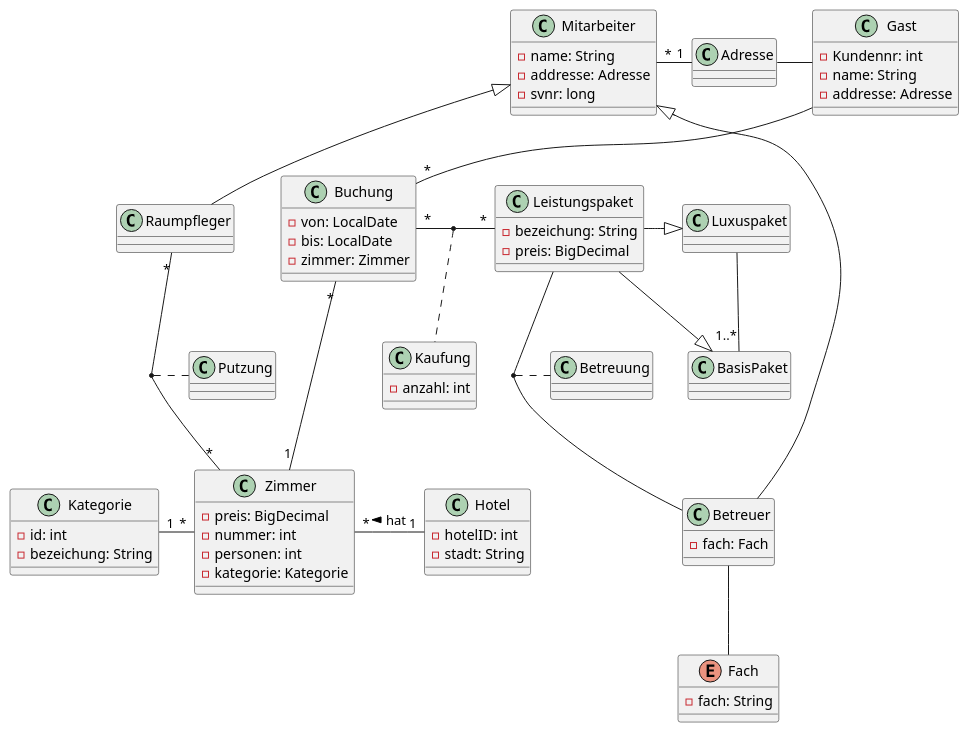
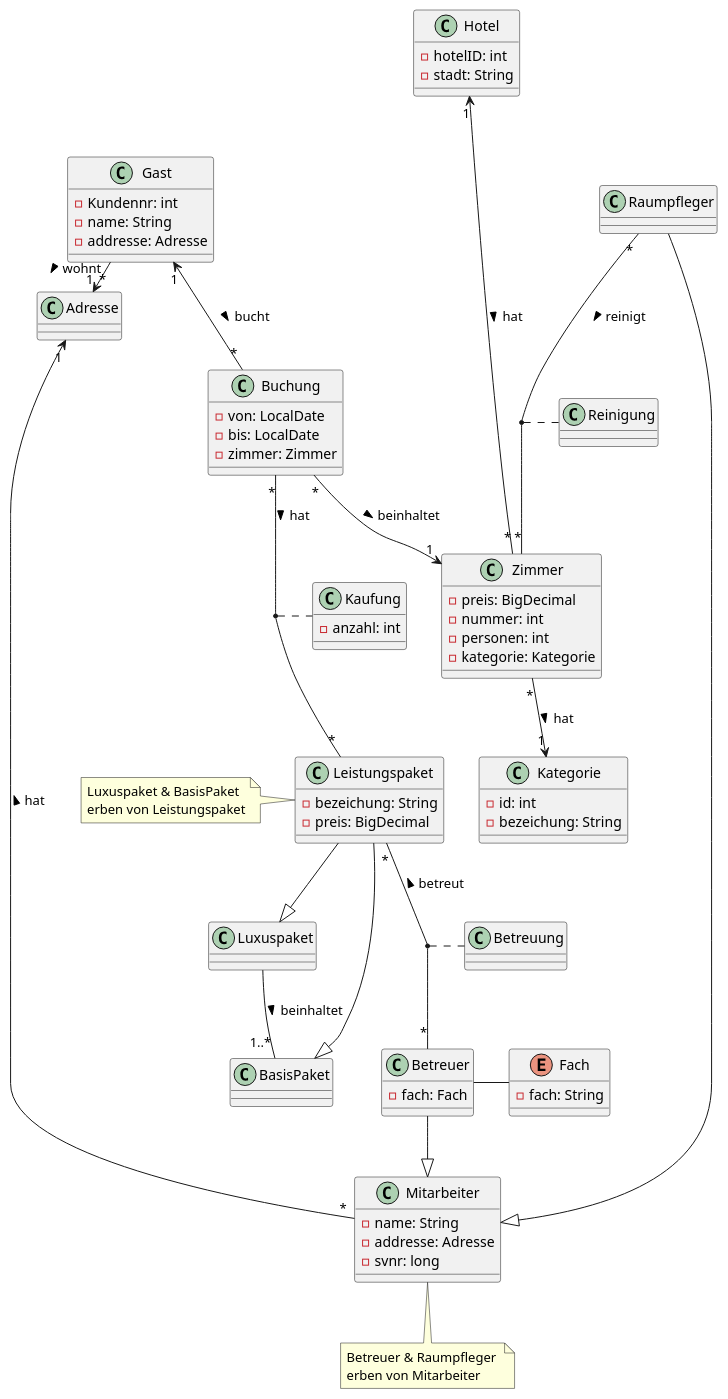
The diagram in asciidocs/plantuml/Hotel.puml (2122-4ahif-syp/01-cld-hotel-NiklasNeudorfer), drawn with PlantUML before and after one commit. The commit also changed 3 other files, not shown here.

```diff
--- a/asciidocs/plantuml/Hotel.puml
+++ b/asciidocs/plantuml/Hotel.puml
@@ -1,91 +1,99 @@
 @startuml
 class Hotel{
     - hotelID: int
     - stadt: String
 }
 
 class Zimmer{
   - preis: BigDecimal
   - nummer: int
   - personen: int
   - kategorie: Kategorie
 }
 
 class Kategorie{
   - id: int
   - bezeichung: String
 }
 
 class Mitarbeiter{
   - name: String
   - addresse: Adresse
   - svnr: long
 }
 
 class Adresse{
 
 }
 
 class Betreuer{
   - fach: Fach
 }
 
 enum Fach{
  - fach: String
 }
 
 class Raumpfleger{
 
 }
-
-class Putzung{
-}
-
 class Gast{
   - Kundennr: int
   - name: String
   - addresse: Adresse
 }
 
 class Buchung{
   - von: LocalDate
   - bis: LocalDate
   - zimmer: Zimmer
 }
 
 class Leistungspaket{
   - bezeichung: String
   - preis: BigDecimal
 }
 
 class BasisPaket{
 
 }
 
 class Luxuspaket{
 
 }
 
 class Kaufung{
   - anzahl: int
 }
 
-Hotel "1"---left---"*" Zimmer : hat >
-Adresse "1"-l-"*" Mitarbeiter
-Betreuer -u-|> Mitarbeiter
-Raumpfleger -u-|> Mitarbeiter
-Raumpfleger "*"--"*" Zimmer
-(Raumpfleger, Zimmer) .. Putzung
-Betreuer -- Fach
-Adresse -r- Gast
-Gast --"*" Buchung
-Buchung "*"--"1" Zimmer
-Zimmer "*"-l-"1" Kategorie
-Luxuspaket --"1..*" BasisPaket
-Buchung "*"-r-"*" Leistungspaket
-Leistungspaket -r-|> Luxuspaket
+
+note "Luxuspaket & BasisPaket \nerben von Leistungspaket" as Note
+note "Betreuer & Raumpfleger \nerben von Mitarbeiter" as workerNote
+
+Hotel "1"<----"*" Zimmer : hat >
+Adresse "1"<--"*" Mitarbeiter : hat <
+
+Betreuer --|> Mitarbeiter
+Raumpfleger --|> Mitarbeiter
+
+Raumpfleger "*"--"*" Zimmer : reinigt >
+(Raumpfleger, Zimmer) .. Reinigung
+Betreuer -r- Fach
+Adresse "1"<--l-"*" Gast : wohnt <
+
+Gast "1"<--"*" Buchung : bucht >
+Buchung "*"-->"1" Zimmer : beinhaltet >
+Zimmer "*"-->"1" Kategorie : hat >
+Luxuspaket --"1..*" BasisPaket : beinhaltet >
+Buchung "*"--"*" Leistungspaket : hat >
+Leistungspaket --|> Luxuspaket
 Leistungspaket --|> BasisPaket
-Leistungspaket -- Betreuer
+
+Leistungspaket "*"--"*" Betreuer : betreut <
 (Betreuer, Leistungspaket) .. Betreuung
 (Buchung, Leistungspaket) .. Kaufung
+
+Leistungspaket .l. Note
+Mitarbeiter .d. workerNote
+
 @enduml
```
